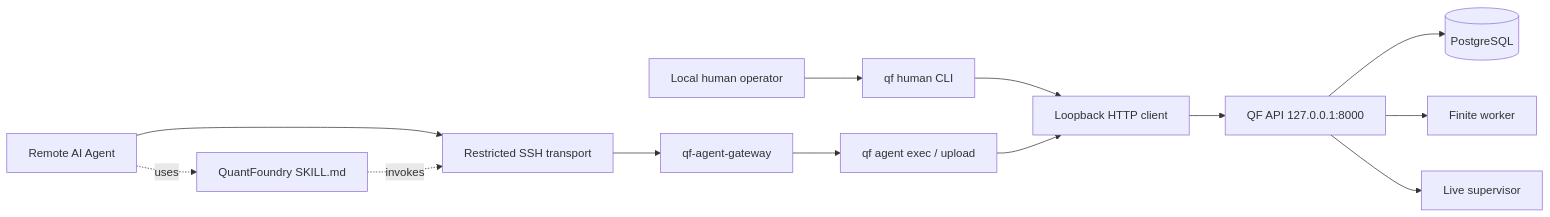
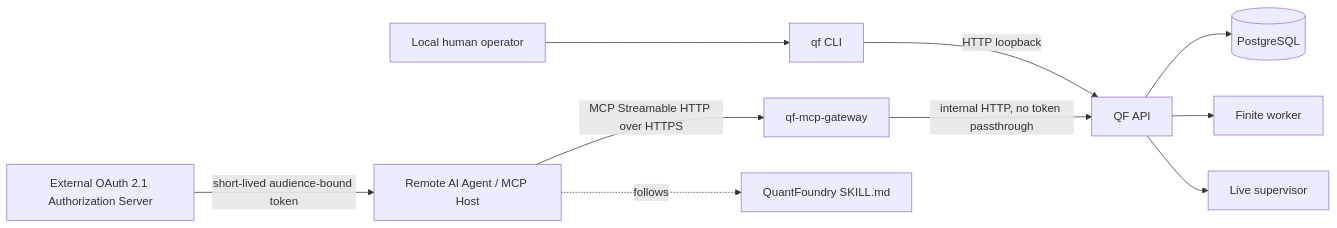
The diagram in CLI.md (zhengui666/QuantFoundry), drawn with Mermaid before and after one commit. The commit also changed other lines of this file, not shown here.

Commit message:
docs: replace SSH agent transport with MCP over HTTPS

````diff
--- a/CLI.md
+++ b/CLI.md
@@ -48,18 +105,15 @@
 ```mermaid
 flowchart LR
-    H[Local human operator] --> HC[qf human CLI]
-    A[Remote AI Agent] --> S[Restricted SSH transport]
-    S --> G[qf-agent-gateway]
-    G --> AC[qf agent exec / upload]
+    H[Local human operator] --> CLI[qf CLI]
+    CLI -->|HTTP loopback| API[QF API]
 
-    HC --> L[Loopback HTTP client]
-    AC --> L
-    L --> API[QF API 127.0.0.1:8000]
+    A[Remote AI Agent / MCP Host] -->|MCP Streamable HTTP over HTTPS| GW[qf-mcp-gateway]
+    AS[External OAuth 2.1 Authorization Server] -->|short-lived audience-bound token| A
+    GW -->|internal HTTP, no token passthrough| API
 
     API --> DB[(PostgreSQL)]
     API --> FW[Finite worker]
     API --> LS[Live supervisor]
 
-    A -. uses .-> SK[QuantFoundry SKILL.md]
-    SK -. invokes .-> S
+    A -. follows .-> SK[QuantFoundry SKILL.md]
 ```
````
